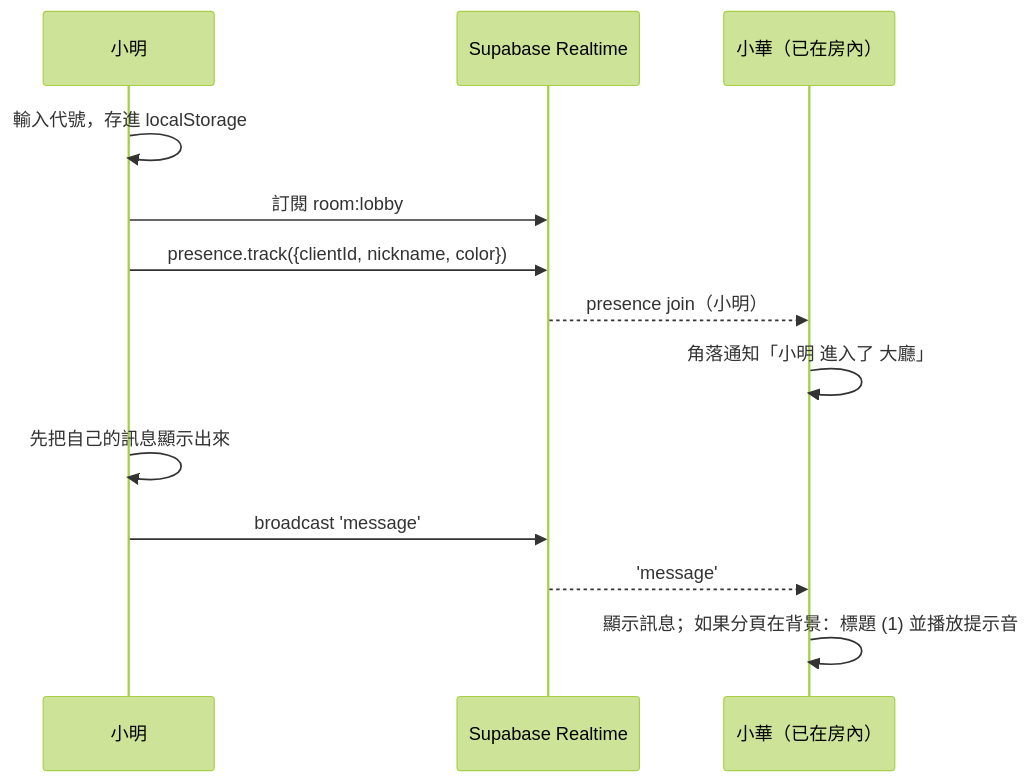
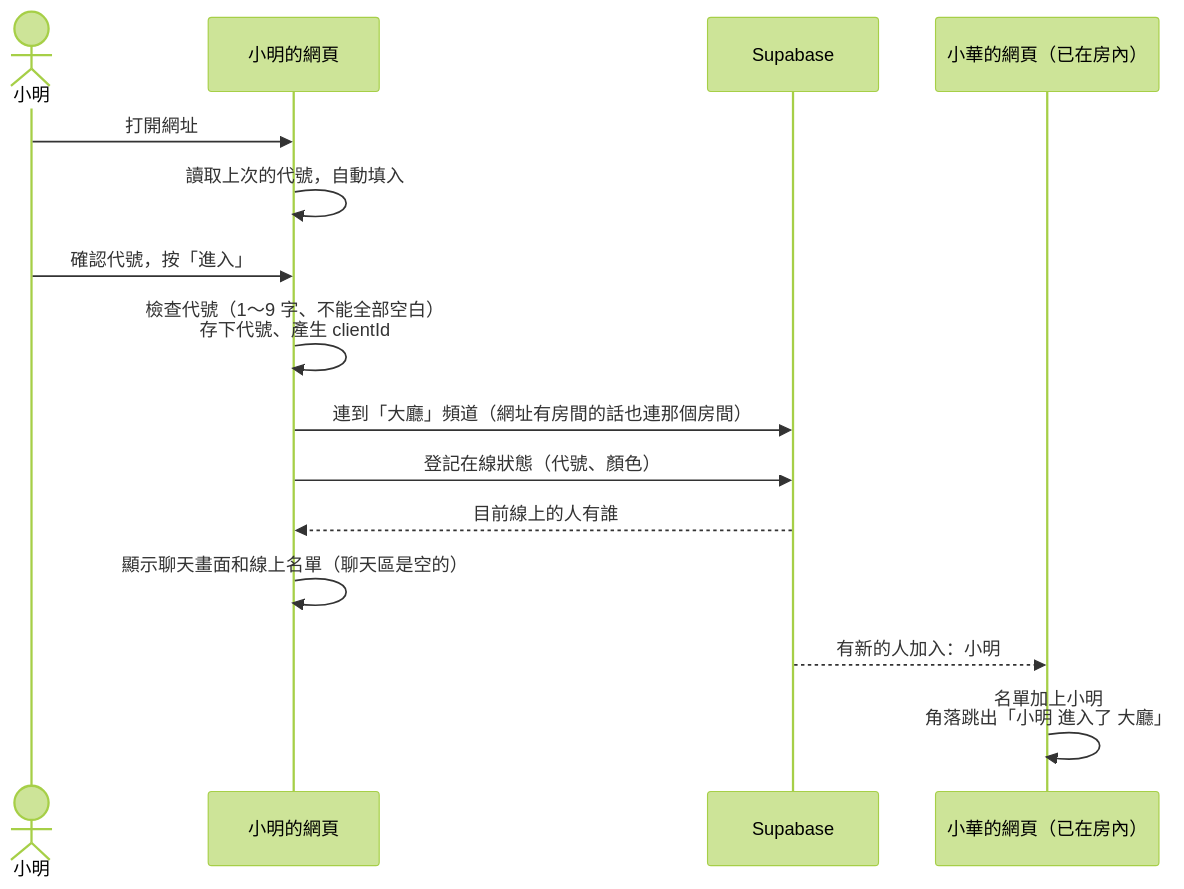
The third of 6 diagrams in docs/architecture.md (kanew0706-code/ch3), drawn with Mermaid (forest theme) before and after one commit. The commit also changed other lines of this file and 1 other file, not shown here.

Commit message:
requirements and architecture

````diff
--- a/docs/architecture.md
+++ b/docs/architecture.md
@@ -216,15 +233,18 @@
 ```mermaid
 sequenceDiagram
-    participant A as 小明
-    participant RT as Supabase Realtime
-    participant B as 小華（已在房內）
-    A->>A: 輸入代號，存進 localStorage
-    A->>RT: 訂閱 room:lobby
-    A->>RT: presence.track({clientId, nickname, color})
-    RT-->>B: presence join（小明）
-    B->>B: 角落通知「小明 進入了 大廳」
-    A->>A: 先把自己的訊息顯示出來
-    A->>RT: broadcast 'message'
-    RT-->>B: 'message'
-    B->>B: 顯示訊息；如果分頁在背景：標題 (1) 並播放提示音
+    actor 小明
+    participant 網頁 as 小明的網頁
+    participant RT as Supabase
+    participant 小華 as 小華的網頁（已在房內）
+
+    小明->>網頁: 打開網址
+    網頁->>網頁: 讀取上次的代號，自動填入
+    小明->>網頁: 確認代號，按「進入」
+    網頁->>網頁: 檢查代號（1～9 字、不能全部空白）<br/>存下代號、產生 clientId
+    網頁->>RT: 連到「大廳」頻道（網址有房間的話也連那個房間）
+    網頁->>RT: 登記在線狀態（代號、顏色）
+    RT-->>網頁: 目前線上的人有誰
+    網頁->>網頁: 顯示聊天畫面和線上名單（聊天區是空的）
+    RT-->>小華: 有新的人加入：小明
+    小華->>小華: 名單加上小明<br/>角落跳出「小明 進入了 大廳」
 ```
````
